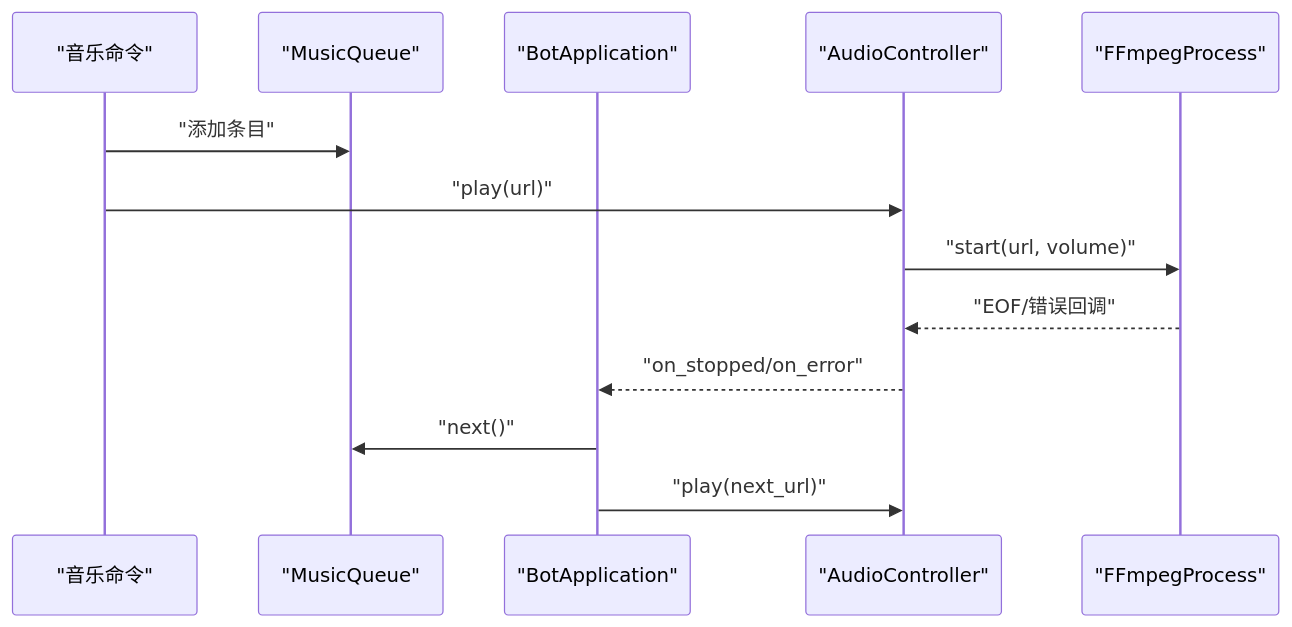
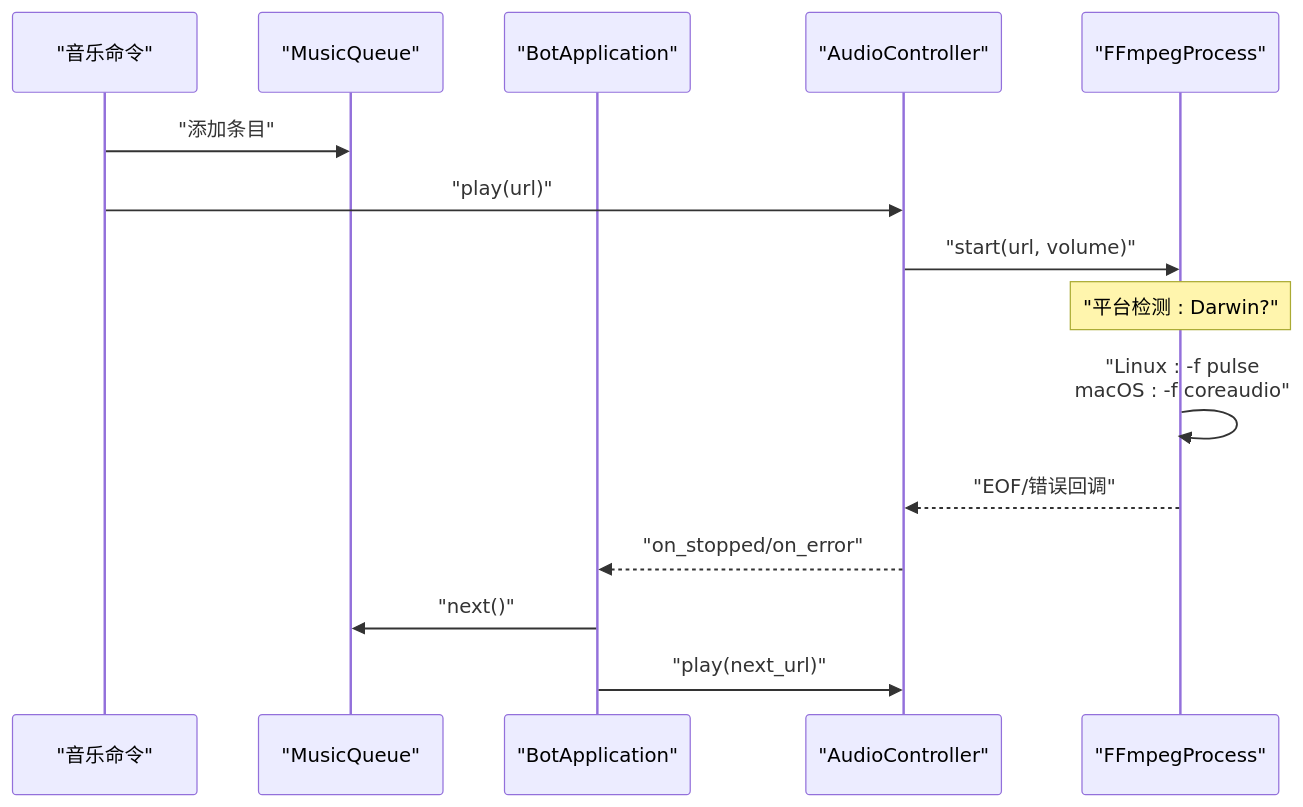
Before and after one commit to GhoulOwl/Teamspeak3_Bot: the sixth of 7 diagrams in .qoder/repowiki/zh/content/音乐播放系统/FFmpeg集成.md, drawn with Mermaid. The commit also changed other lines of this file and 7 other files, not shown here.

````diff
--- a/.qoder/repowiki/zh/content/音乐播放系统/FFmpeg集成.md
+++ b/.qoder/repowiki/zh/content/音乐播放系统/FFmpeg集成.md
@@ -280,15 +272,17 @@
 ```mermaid
 sequenceDiagram
 participant CMD as "音乐命令"
 participant MQ as "MusicQueue"
 participant APP as "BotApplication"
 participant AC as "AudioController"
 participant FF as "FFmpegProcess"
 CMD->>MQ : "添加条目"
 CMD->>AC : "play(url)"
 AC->>FF : "start(url, volume)"
+Note over FF : "平台检测 : Darwin?"
+FF->>FF : "Linux : -f pulse<br/>macOS : -f coreaudio"
 FF-->>AC : "EOF/错误回调"
 AC-->>APP : "on_stopped/on_error"
 APP->>MQ : "next()"
 APP->>AC : "play(next_url)"
 ```
````
